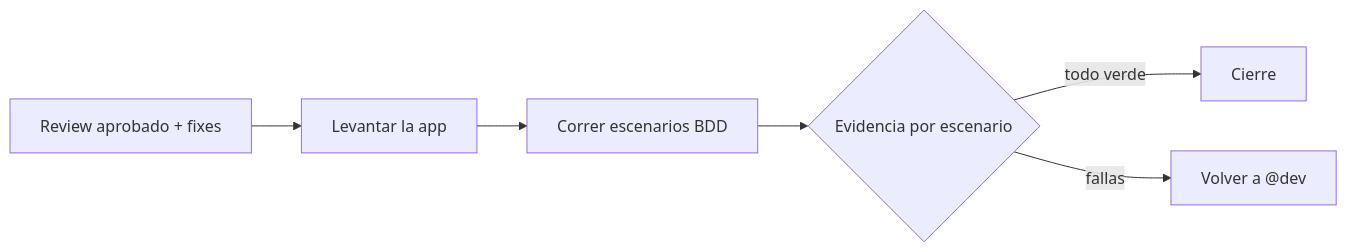
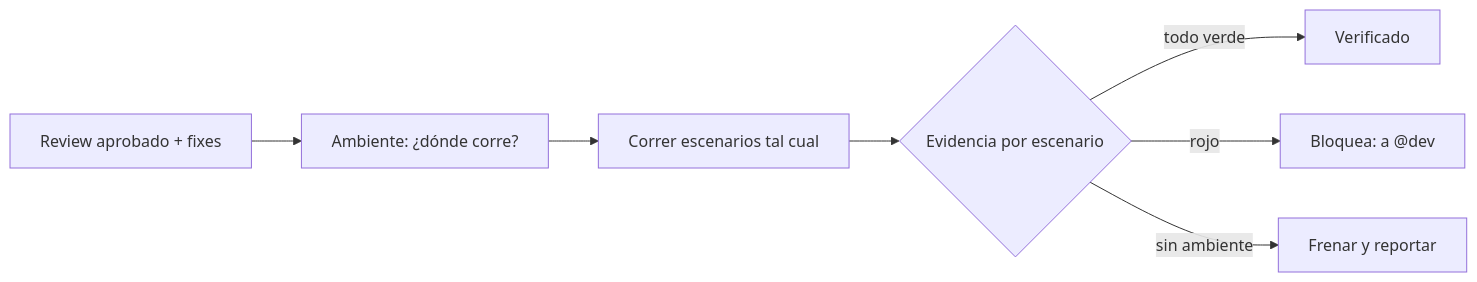
One commit to YoizenSA/dev-ai-workflow changed the diagram in docs/src/content/docs/agents/scenario-runner.mdx. Above: the diagram before and after it, drawn with Mermaid. The commit also changed other lines of this file and 14 other files, not shown here.

````diff
--- a/docs/src/content/docs/agents/scenario-runner.mdx
+++ b/docs/src/content/docs/agents/scenario-runner.mdx
@@ -18,8 +20,9 @@
 ```mermaid
 flowchart LR
-    A[Review aprobado + fixes] --> B[Levantar la app]
-    B --> C[Correr escenarios BDD]
+    A[Review aprobado + fixes] --> B[Ambiente: ¿dónde corre?]
+    B --> C[Correr escenarios tal cual]
     C --> D{Evidencia por escenario}
-    D -->|todo verde| E[Cierre]
-    D -->|fallas| F[Volver a @dev]
+    D -->|todo verde| E[Verificado]
+    D -->|rojo| F[Bloquea: a @dev]
+    D -->|sin ambiente| G[Frenar y reportar]
 ```
````
